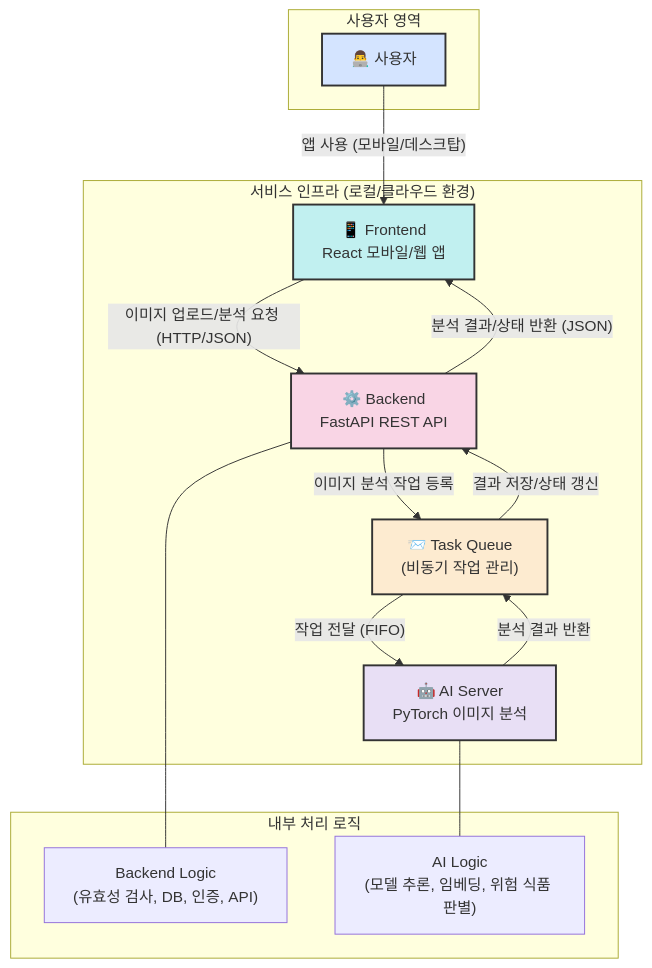
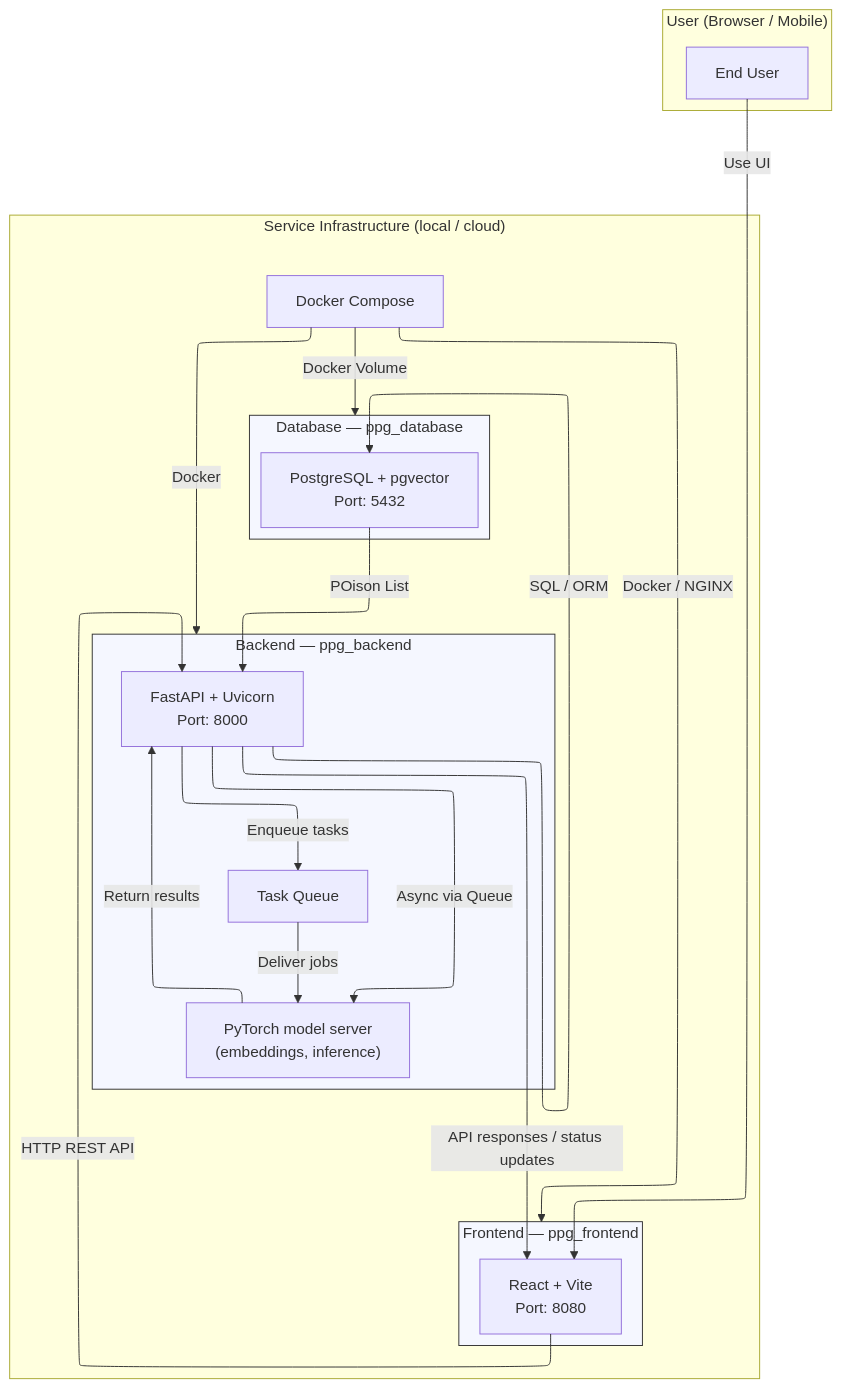
Before and after one commit to ShinYoung-hwan/pet-poison-guard: the diagram in README.md, drawn with Mermaid. The commit also changed 42 other files, not shown here.

````diff
--- a/README.md
+++ b/README.md
@@ -106,37 +106,47 @@
 ```mermaid
-flowchart TD
-    subgraph 사용자["사용자 영역"]
-        User["👨‍💻 사용자"]
-    end
+---
+config:
+  layout: elk
+---
+flowchart TB
+ subgraph User["User (Browser / Mobile)"]
+        U["End User"]
+  end
+ subgraph FE_Container["Frontend — ppg_frontend"]
+        FE["React + Vite<br>Port: 8080"]
+  end
+ subgraph BE_Container["Backend — ppg_backend"]
+        BE["FastAPI + Uvicorn<br>Port: 8000"]
+        Q["Task Queue"]
+        AI["PyTorch model server<br>(embeddings, inference)"]
+  end
+ subgraph DB_Container["Database — ppg_database"]
+        DB["PostgreSQL + pgvector<br>Port: 5432"]
+  end
+ subgraph Infra["Service Infrastructure (local / cloud)"]
+        FE_Container
+        BE_Container
+        DB_Container
+        infra["Docker Compose"]
+  end
+    infra -- Docker / NGINX --> FE_Container
+    infra -- Docker --> BE_Container
+    infra -- Docker Volume --> DB_Container
+    U -- Use UI --> FE
+    FE -- HTTP REST API --> BE
+    BE -- SQL / ORM --> DB
+    DB -- POison List --> BE
+    BE -- Async via Queue --> AI
+    BE -- Enqueue tasks --> Q
+    Q -- Deliver jobs --> AI
+    AI -- Return results --> BE
+    BE -- API responses / status updates --> FE
+     FE_Container:::container
+     BE_Container:::container
+     DB_Container:::container
+    classDef container fill:#f5f7ff,stroke:#333,stroke-width:1px
+    click FE_Container "ppg_frontend/README.md"
+    click BE_Container "ppg_backend/README.md"
+    click DB_Container "ppg_database/README.md"
 
-    subgraph Infra["서비스 인프라 (로컬/클라우드 환경)"]
-        FE["📱 Frontend<br>React 모바일/웹 앱"]
-        BE["⚙️ Backend<br>FastAPI REST API"]
-        Queue["📨 Task Queue<br>(비동기 작업 관리)"]
-        AI["🤖 AI Server<br>PyTorch 이미지 분석"]
-    end
-
-    %% 데이터 흐름
-    User -- "앱 사용 (모바일/데스크탑)" --> FE
-    FE -- "이미지 업로드/분석 요청 (HTTP/JSON)" --> BE
-    BE -- "분석 결과/상태 반환 (JSON)" --> FE
-
-    BE -- "이미지 분석 작업 등록" --> Queue
-    Queue -- "작업 전달 (FIFO)" --> AI
-    AI -- "분석 결과 반환" --> Queue
-    Queue -- "결과 저장/상태 갱신" --> BE
-
-    subgraph Logic["내부 처리 로직"]
-        BE_Logic["Backend Logic<br>(유효성 검사, DB, 인증, API)"]
-        AI_Logic["AI Logic<br>(모델 추론, 임베딩, 위험 식품 판별)"]
-        BE --- BE_Logic
-        AI --- AI_Logic
-    end
-
-    %% 스타일링
-    style User fill:#d4e4ff,stroke:#333,stroke-width:2px
-    style FE fill:#c1f0f0,stroke:#333,stroke-width:2px
-    style BE fill:#f9d5e5,stroke:#333,stroke-width:2px
-    style Queue fill:#fdebd0,stroke:#333,stroke-width:2px
-    style AI fill:#e8dff5,stroke:#333,stroke-width:2px
 ```
````
